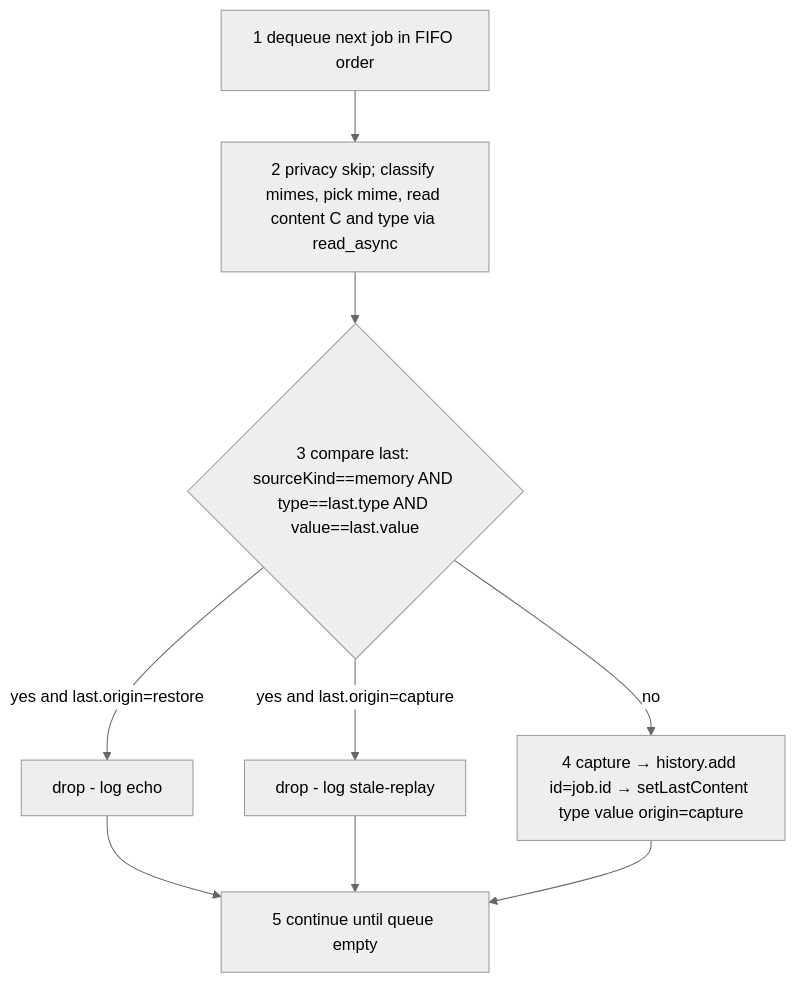
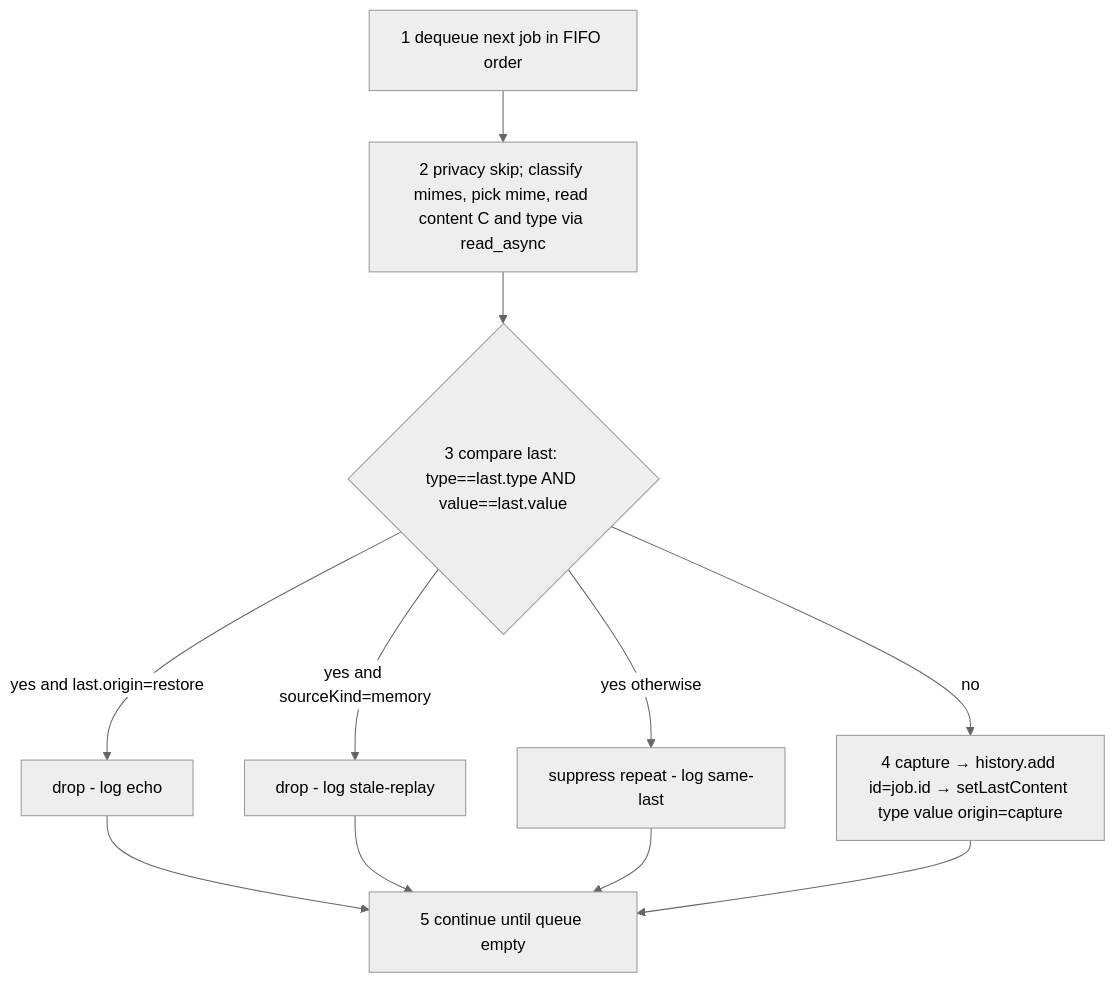
One commit to lumerix7/copy-gnome changed the third of 3 diagrams in docs/features/clipboard-capture/clipboard-capture-design.md. Above: the diagram before and after it, drawn with Mermaid (neutral theme). The commit also changed other lines of this file and 21 other files, not shown here.

````diff
--- a/docs/features/clipboard-capture/clipboard-capture-design.md
+++ b/docs/features/clipboard-capture/clipboard-capture-design.md
@@ -138,11 +137,13 @@
 ```mermaid
 flowchart TD
     A["1 dequeue next job in FIFO order"] --> B["2 privacy skip; classify mimes, pick mime, read content C and type via read_async"]
-    B --> C{"3 compare last: sourceKind==memory AND type==last.type AND value==last.value"}
+    B --> C{"3 compare last: type==last.type AND value==last.value"}
     C -- "yes and last.origin=restore" --> X1["drop - log echo"]
-    C -- "yes and last.origin=capture" --> X2["drop - log stale-replay"]
+    C -- "yes and sourceKind=memory" --> X2["drop - log stale-replay"]
+    C -- "yes otherwise" --> X3["suppress repeat - log same-last"]
     C -- "no" --> G["4 capture → history.add id=job.id → setLastContent type value origin=capture"]
     X1 --> H["5 continue until queue empty"]
     X2 --> H
+    X3 --> H
     G --> H
 ```
````
